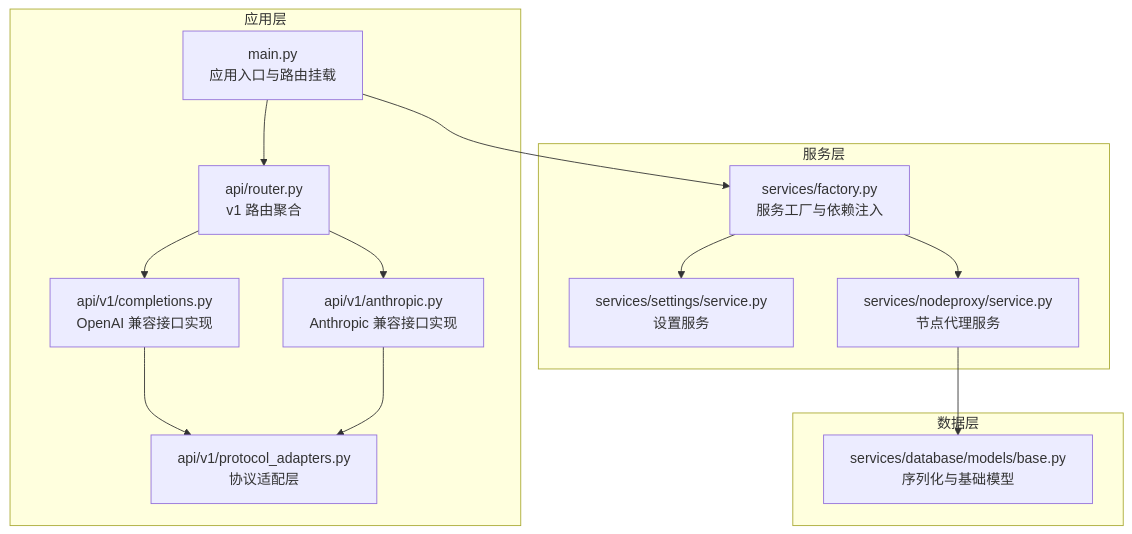
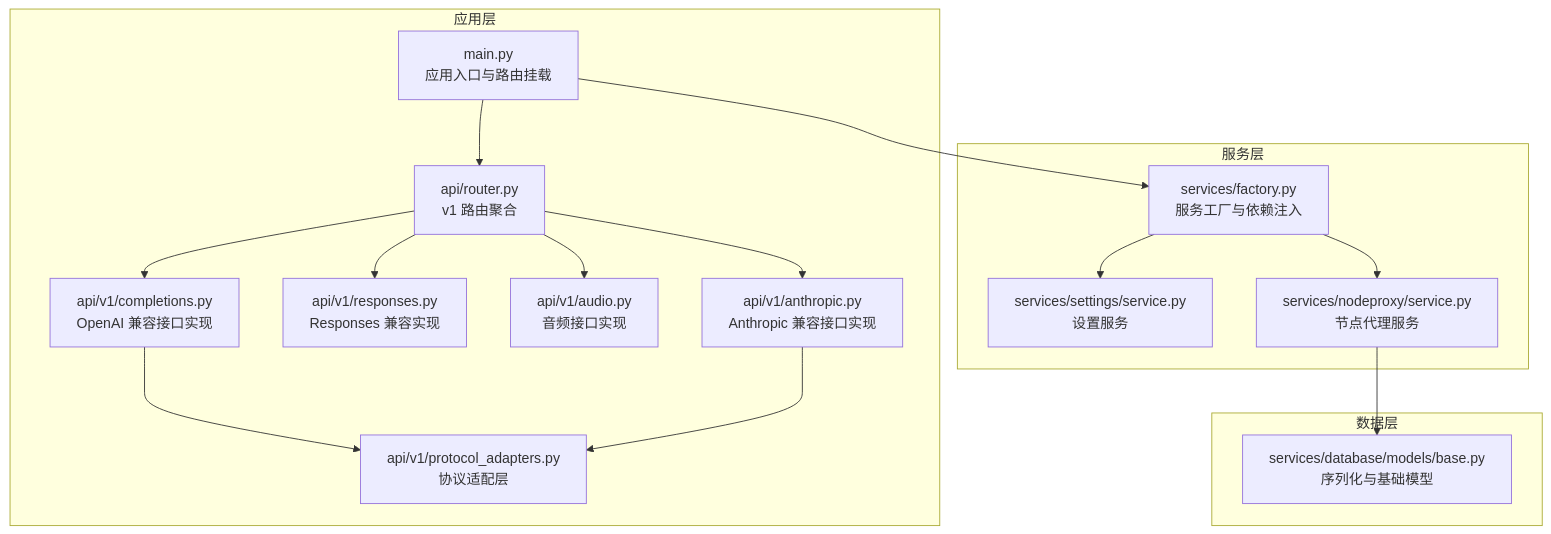
One commit to snz1dp/apiproxy changed the first of 5 diagrams in docs/wiki/content/项目概述.md. Above: the diagram before and after it, drawn with Mermaid. The commit also changed other lines of this file and 18 other files, not shown here.

````diff
--- a/docs/wiki/content/项目概述.md
+++ b/docs/wiki/content/项目概述.md
@@ -54,27 +57,31 @@
 ```mermaid
 graph TB
 subgraph "应用层"
 MAIN["main.py<br/>应用入口与路由挂载"]
 ROUTER["api/router.py<br/>v1 路由聚合"]
 V1["api/v1/completions.py<br/>OpenAI 兼容接口实现"]
+RESP["api/v1/responses.py<br/>Responses 兼容实现"]
+AUDIO["api/v1/audio.py<br/>音频接口实现"]
 ANTH["api/v1/anthropic.py<br/>Anthropic 兼容接口实现"]
 ADAPTER["api/v1/protocol_adapters.py<br/>协议适配层"]
 end
 subgraph "服务层"
 FACTORY["services/factory.py<br/>服务工厂与依赖注入"]
 SETSV["services/settings/service.py<br/>设置服务"]
 NODEPS["services/nodeproxy/service.py<br/>节点代理服务"]
 end
 subgraph "数据层"
 MODELS["services/database/models/base.py<br/>序列化与基础模型"]
 end
 MAIN --> ROUTER
 ROUTER --> V1
+ROUTER --> RESP
+ROUTER --> AUDIO
 ROUTER --> ANTH
 V1 --> ADAPTER
 ANTH --> ADAPTER
 MAIN --> FACTORY
 FACTORY --> NODEPS
 FACTORY --> SETSV
 NODEPS --> MODELS
 ```
````
